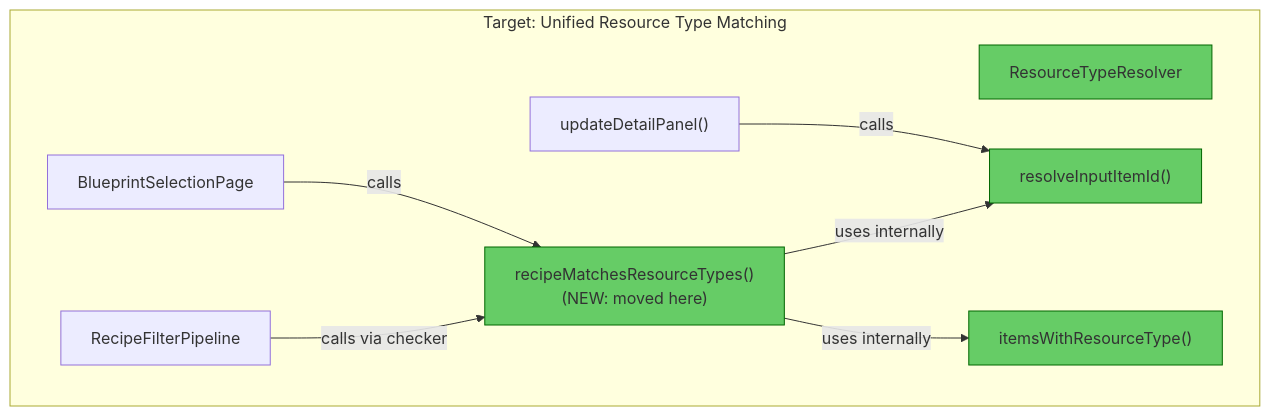
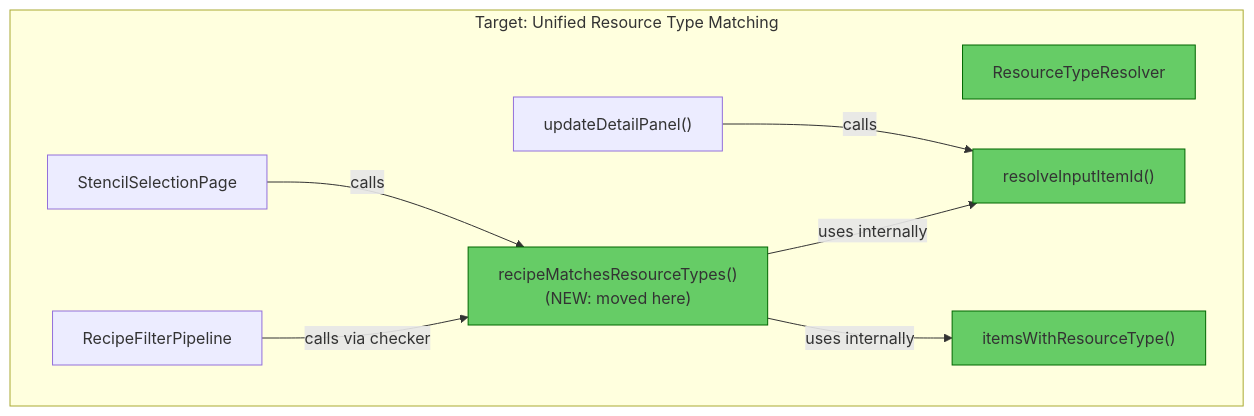
Before and after one commit to TheCodeCreature/Hytale-Example-Plugin: the fourth of 4 diagrams in docs/review-resource-type-matching-bugs.md, drawn with Mermaid. The commit also changed other lines of this file and 289 other files, not shown here.

````diff
--- a/docs/review-resource-type-matching-bugs.md
+++ b/docs/review-resource-type-matching-bugs.md
@@ -198,25 +198,25 @@
 ```mermaid
 graph TB
     subgraph "Target: Unified Resource Type Matching"
         RT["ResourceTypeResolver"]
         M1["resolveInputItemId()"]
         M2["itemsWithResourceType()"]
         M3["recipeMatchesResourceTypes()<br/>(NEW: moved here)"]
 
-        BSP["BlueprintSelectionPage"]
+        BSP["StencilSelectionPage"]
         RFP["RecipeFilterPipeline"]
         DP["updateDetailPanel()"]
     end
 
     BSP -->|"calls"| M3
     RFP -->|"calls via checker"| M3
     DP -->|"calls"| M1
 
     M3 -->|"uses internally"| M2
     M3 -->|"uses internally"| M1
 
     style RT fill:#6c6,stroke:#060
     style M1 fill:#6c6,stroke:#060
     style M2 fill:#6c6,stroke:#060
     style M3 fill:#6c6,stroke:#060
 ```
````
